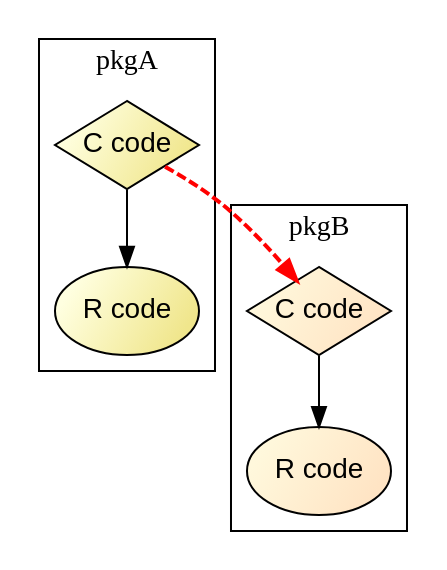
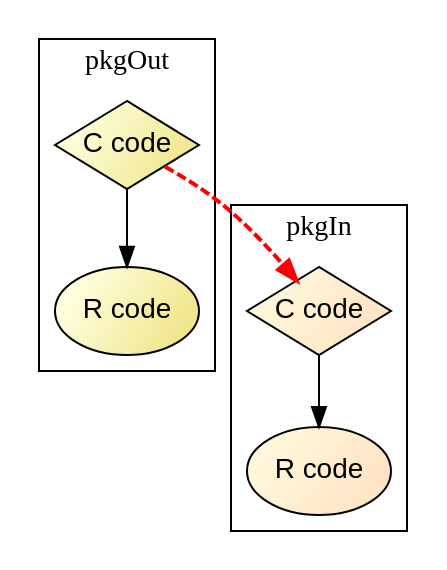
One commit to Accio/demo-linking-native changed the diagram in dot/vis.gv. Above: the diagram before and after it, drawn with Graphviz.

Commit message:
rename pkgA as pkgOut

```diff
--- a/dot/vis.gv
+++ b/dot/vis.gv
@@ -1,35 +1,35 @@
 digraph D {
   compound=true;
 
   node [shape = ellipse,
       style = filled,
       fixedsize=true,
       width=1,
       height=0.618,
       fontsize=14,
       fillcolor = "lightyellow:khaki",
       gradientangle=315,
       fontname="Helvetica"]
   ar [label = "R code"];
   ac [label = "C code", shape = "diamond"];
   br [label = "R code", fillcolor = "cornsilk:bisque"];
   bc [label = "C code", shape = "diamond", fillcolor = "cornsilk:bisque"];
 
   edge [color = black,
        arrowname = vee,
        fontname="Helvetica",
        fontsize=10]
 
   /* to be visually separated, subgraphs must be prefixed with cluster_ */
   /* and only the DOT and FDP layout seam to support subgraphs */
-  subgraph cluster_pkgA {
-    label = "pkgA";
+  subgraph cluster_pkgOut {
+    label = "pkgOut";
     ac -> ar;
   }
-  subgraph cluster_pkgB {
-    label = "pkgB";
+  subgraph cluster_pkgIn {
+    label = "pkgIn";
     bc -> br;
   }
 
   ac -> bc [color="red", penwidth=2, style="dashed"];
 }
```
